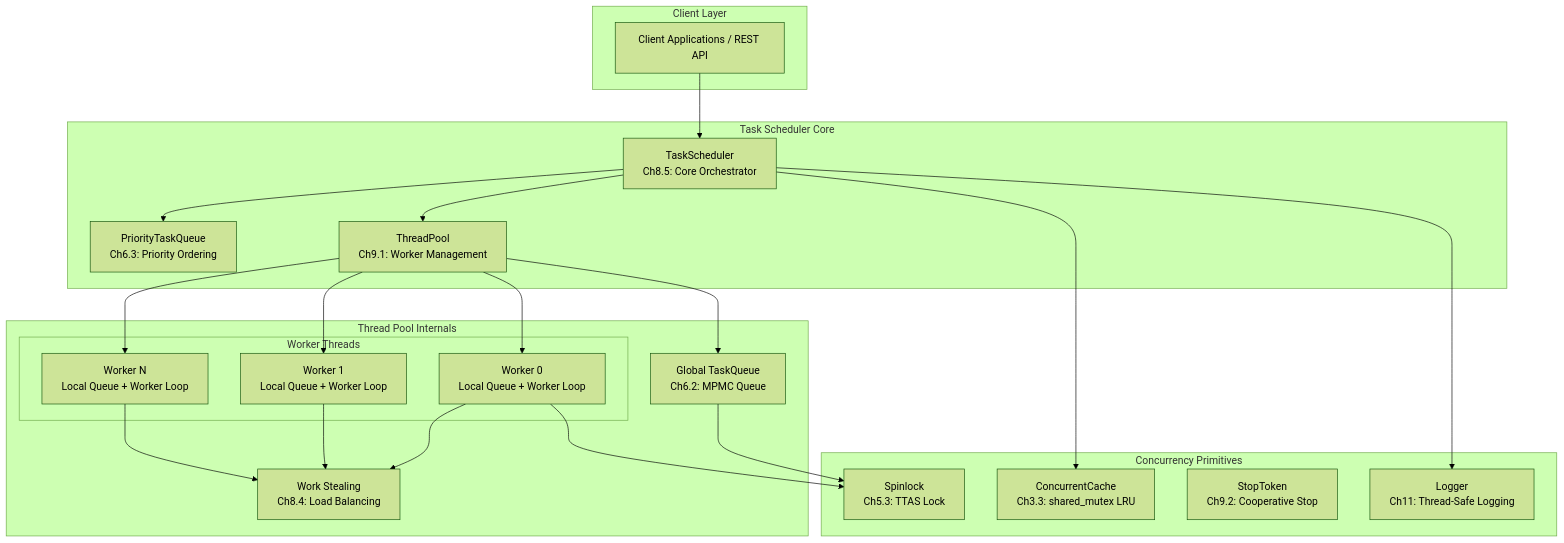
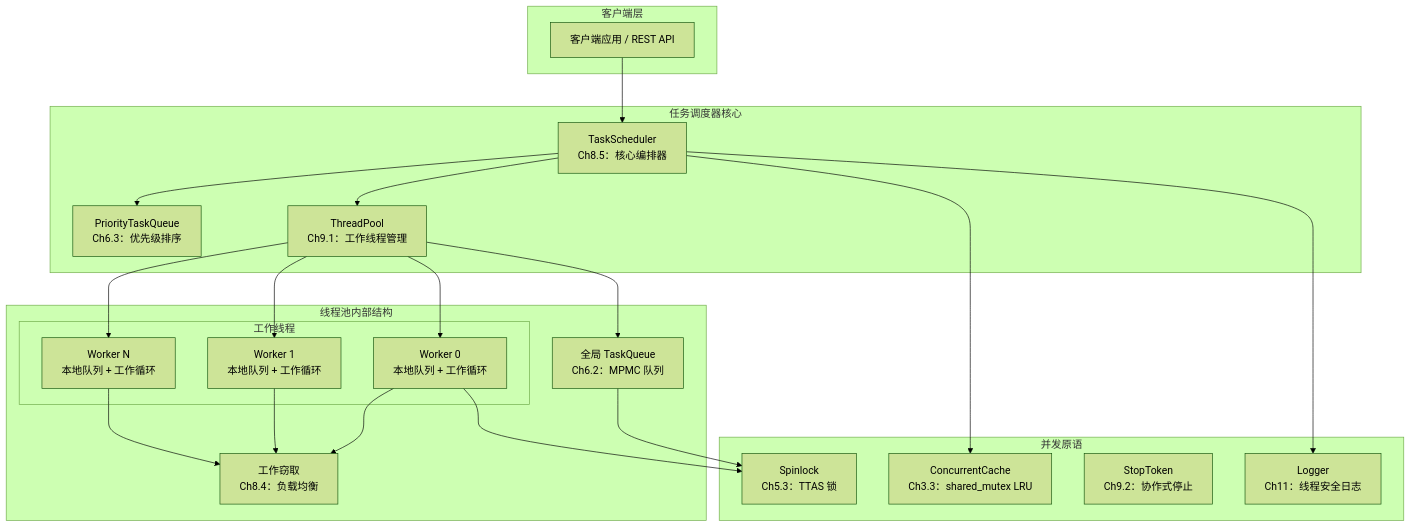
One commit to JuShuai-gif/cuda_pytorch changed the first of 3 diagrams in c++/multhread/project/industrial-concurrency-project/docs/architecture.md. Above: the diagram before and after it, drawn with Mermaid (forest theme). The commit also changed other lines of this file and 155 other files, not shown here.

````diff
--- a/c++/multhread/project/industrial-concurrency-project/docs/architecture.md
+++ b/c++/multhread/project/industrial-concurrency-project/docs/architecture.md
@@ -9,40 +9,40 @@
 ```mermaid
 graph TB
-    subgraph "Client Layer"
-        CLI[Client Applications / REST API]
+    subgraph "客户端层"
+        CLI[客户端应用 / REST API]
     end
 
-    subgraph "Task Scheduler Core"
-        TS[TaskScheduler<br/>Ch8.5: Core Orchestrator]
-        PQ[PriorityTaskQueue<br/>Ch6.3: Priority Ordering]
-        TP[ThreadPool<br/>Ch9.1: Worker Management]
+    subgraph "任务调度器核心"
+        TS[TaskScheduler<br/>Ch8.5：核心编排器]
+        PQ[PriorityTaskQueue<br/>Ch6.3：优先级排序]
+        TP[ThreadPool<br/>Ch9.1：工作线程管理]
     end
 
-    subgraph "Thread Pool Internals"
-        subgraph "Worker Threads"
-            W1[Worker 0<br/>Local Queue + Worker Loop]
-            W2[Worker 1<br/>Local Queue + Worker Loop]
-            W3[Worker N<br/>Local Queue + Worker Loop]
+    subgraph "线程池内部结构"
+        subgraph "工作线程"
+            W1[Worker 0<br/>本地队列 + 工作循环]
+            W2[Worker 1<br/>本地队列 + 工作循环]
+            W3[Worker N<br/>本地队列 + 工作循环]
         end
-        GQ[Global TaskQueue<br/>Ch6.2: MPMC Queue]
-        WS[Work Stealing<br/>Ch8.4: Load Balancing]
+        GQ[全局 TaskQueue<br/>Ch6.2：MPMC 队列]
+        WS[工作窃取<br/>Ch8.4：负载均衡]
     end
 
-    subgraph "Concurrency Primitives"
-        SL[Spinlock<br/>Ch5.3: TTAS Lock]
-        CC[ConcurrentCache<br/>Ch3.3: shared_mutex LRU]
-        ST[StopToken<br/>Ch9.2: Cooperative Stop]
-        LG[Logger<br/>Ch11: Thread-Safe Logging]
+    subgraph "并发原语"
+        SL[Spinlock<br/>Ch5.3：TTAS 锁]
+        CC[ConcurrentCache<br/>Ch3.3：shared_mutex LRU]
+        ST[StopToken<br/>Ch9.2：协作式停止]
+        LG[Logger<br/>Ch11：线程安全日志]
     end
 
     CLI --> TS
     TS --> PQ
     TS --> TP
     TS --> CC
     TS --> LG
     TP --> GQ
     TP --> W1 & W2 & W3
     W1 & W2 & W3 --> WS
     GQ --> SL
     W1 --> SL
 ```
````
